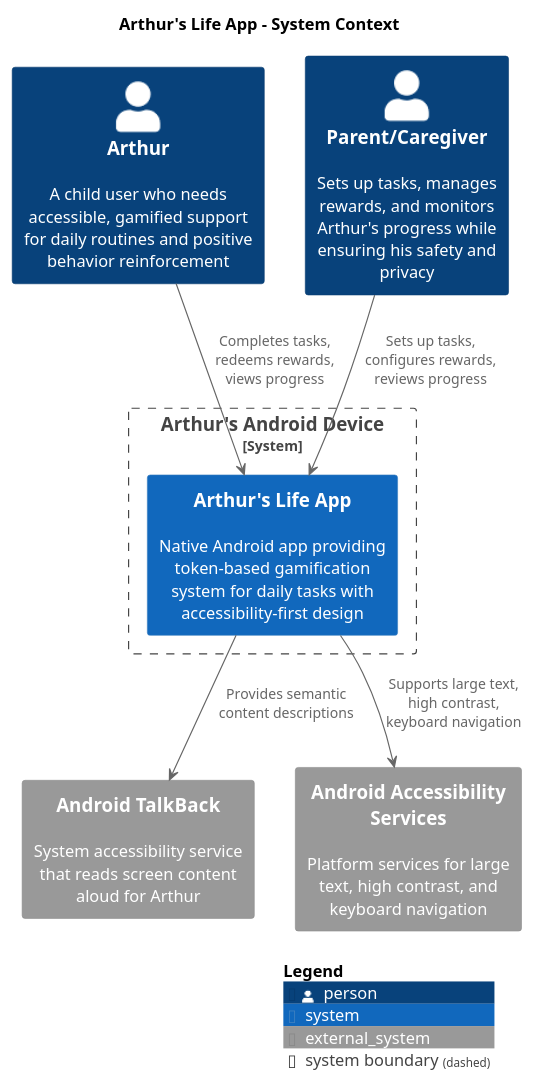
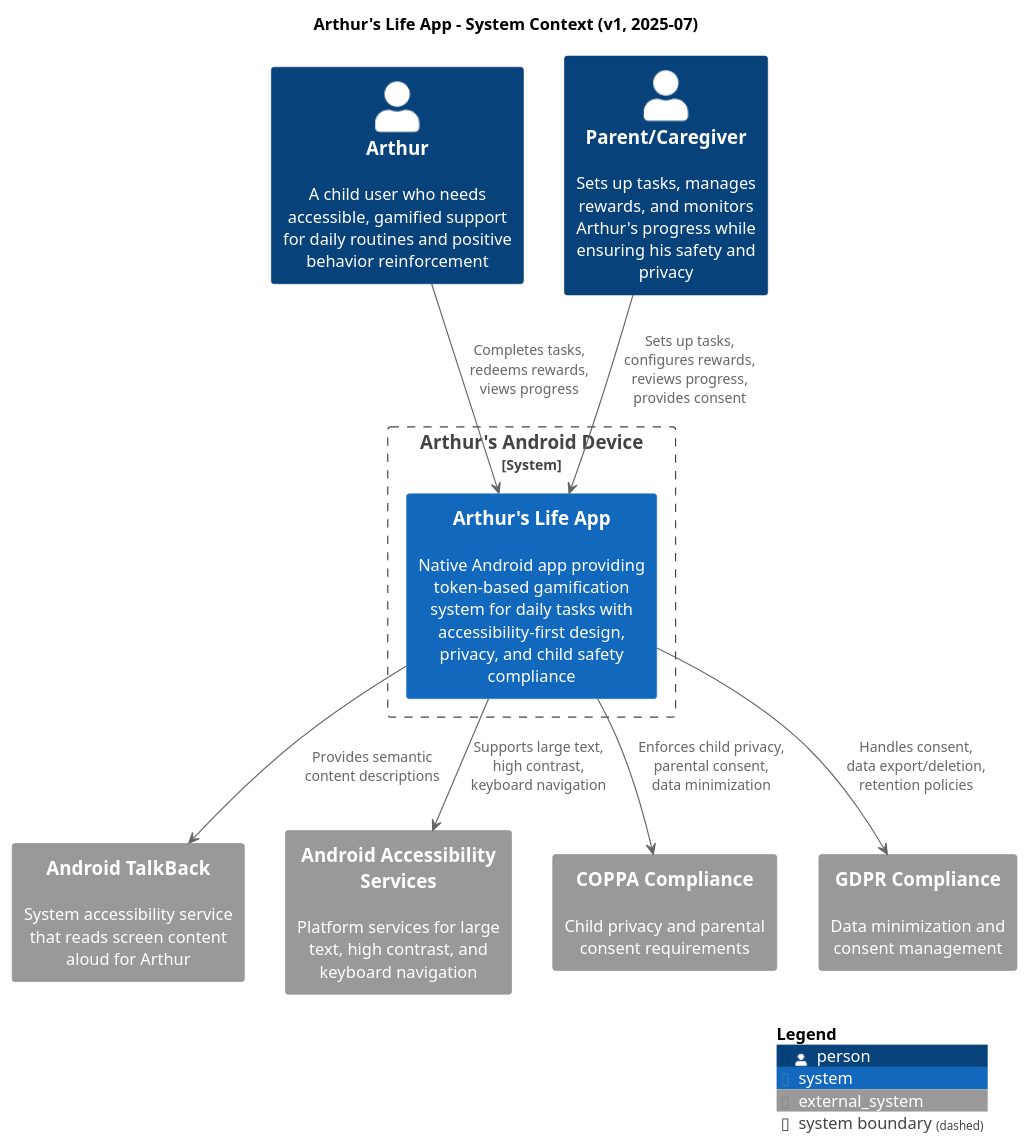
Before and after one commit to almeidaraphael/arthurs-life-app: the diagram in docs/diagrams/c4-context.puml, drawn with PlantUML. The commit also changed 134 other files, not shown here.

```diff
--- a/docs/diagrams/c4-context.puml
+++ b/docs/diagrams/c4-context.puml
@@ -1,23 +1,27 @@
 @startuml c4-context
 !includeurl https://raw.githubusercontent.com/plantuml-stdlib/C4-PlantUML/master/C4_Context.puml
 
 LAYOUT_WITH_LEGEND()
 
-title Arthur's Life App - System Context
+title Arthur's Life App - System Context (v1, 2025-07)
 
 Person(arthur, "Arthur", "A child user who needs accessible, gamified support for daily routines and positive behavior reinforcement")
 Person(parent, "Parent/Caregiver", "Sets up tasks, manages rewards, and monitors Arthur's progress while ensuring his safety and privacy")
 System_Ext(talkback, "Android TalkBack", "System accessibility service that reads screen content aloud for Arthur")
 System_Ext(accessibility, "Android Accessibility Services", "Platform services for large text, high contrast, and keyboard navigation")
+System_Ext(coppa, "COPPA Compliance", "Child privacy and parental consent requirements")
+System_Ext(gdpr, "GDPR Compliance", "Data minimization and consent management")
 
 System_Boundary(device, "Arthur's Android Device") {
-  System(arthurslife, "Arthur's Life App", "Native Android app providing token-based gamification system for daily tasks with accessibility-first design")
+  System(arthurslife, "Arthur's Life App", "Native Android app providing token-based gamification system for daily tasks with accessibility-first design, privacy, and child safety compliance")
 }
 
 arthur --> arthurslife : "Completes tasks,\nredeems rewards,\nviews progress"
-parent --> arthurslife : "Sets up tasks,\nconfigures rewards,\nreviews progress"
+parent --> arthurslife : "Sets up tasks,\nconfigures rewards,\nreviews progress,\nprovides consent"
 arthurslife --> talkback : "Provides semantic\ncontent descriptions"
 arthurslife --> accessibility : "Supports large text,\nhigh contrast,\nkeyboard navigation"
+arthurslife --> coppa : "Enforces child privacy,\nparental consent,\ndata minimization"
+arthurslife --> gdpr : "Handles consent,\ndata export/deletion,\nretention policies"
 
 SHOW_LEGEND()
 @enduml
```
